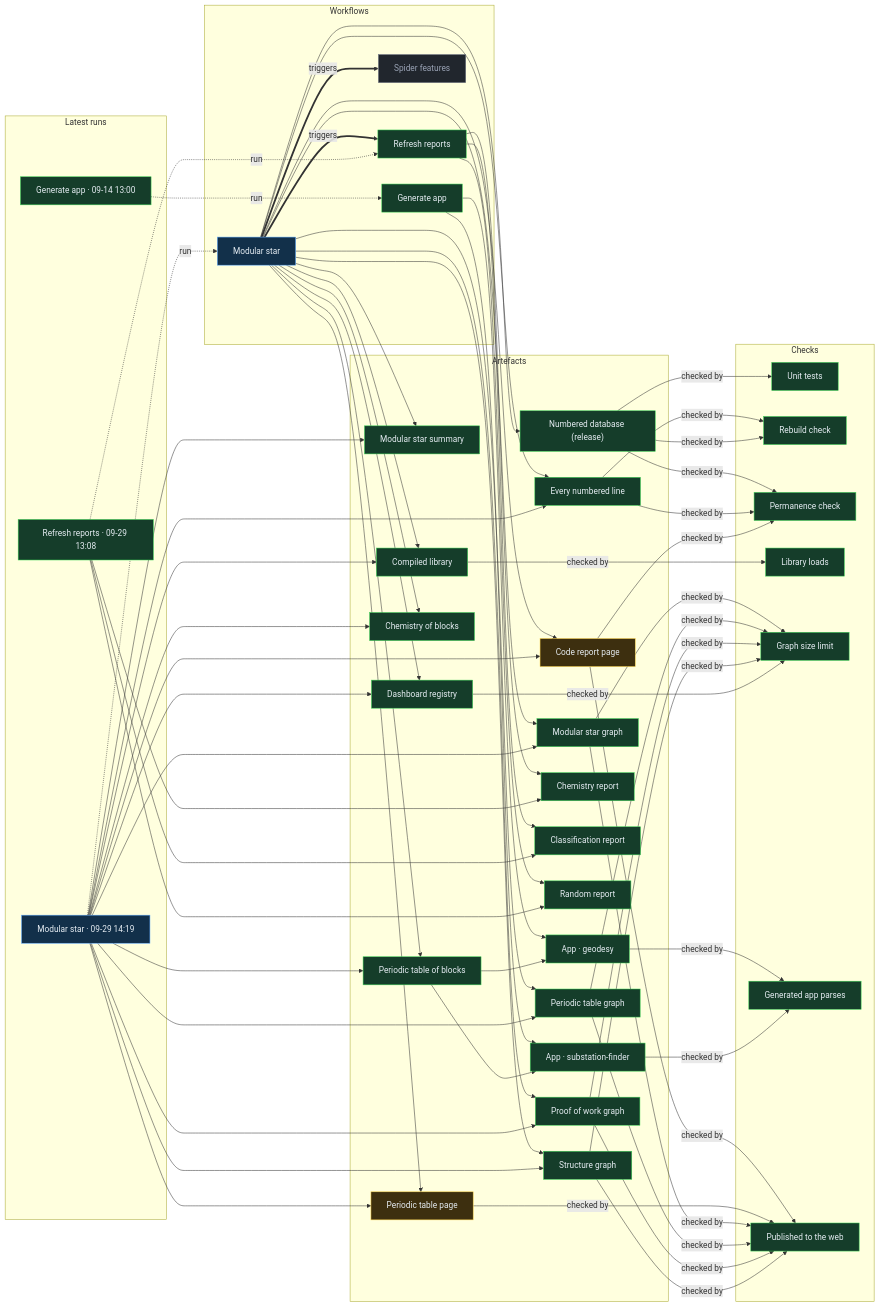
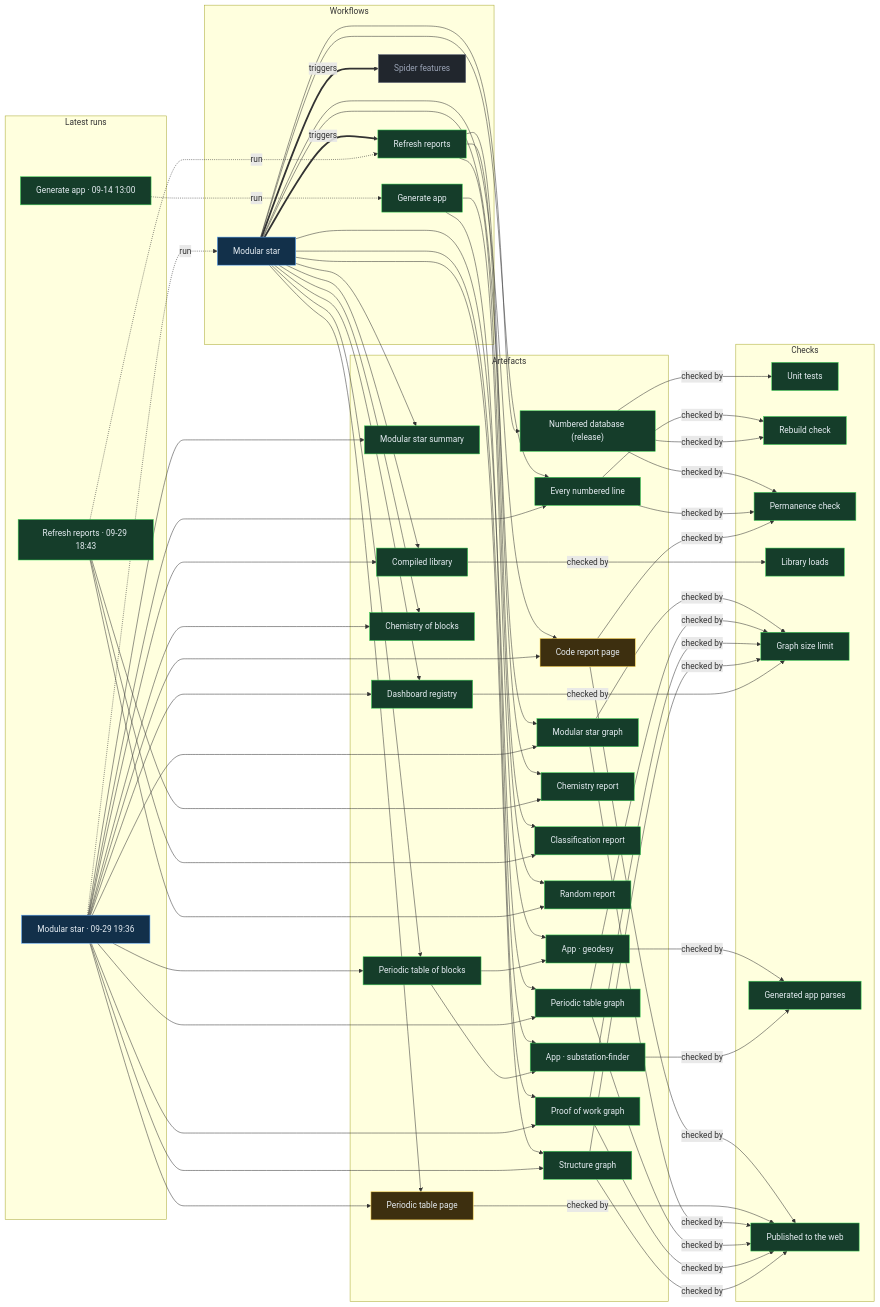
The diagram in proof/PROOF.md (Ventusltd/stars), drawn with Mermaid before and after one commit. The commit also changed other lines of this file and 34 other files, not shown here.

Commit message:
Modular star 2026-09-29T19:39Z

```diff
--- a/proof/PROOF.md
+++ b/proof/PROOF.md
@@ -24,8 +24,8 @@
   n_wf_spider_features["Spider features"]:::off
   end
   subgraph g_runs["Latest runs"]
-  n_run_36581773443["Modular star · 09-29 14:19"]:::live
-  n_run_36572974268["Refresh reports · 09-29 13:08"]:::ok
+  n_run_36620458094["Modular star · 09-29 19:36"]:::live
+  n_run_36614048630["Refresh reports · 09-29 18:43"]:::ok
   n_run_34846587798["Generate app · 09-14 13:00"]:::ok
   end
   subgraph g_artefacts["Artefacts"]
@@ -59,39 +59,39 @@
   end
   n_wf_modular_star == triggers ==> n_wf_refresh
   n_wf_modular_star == triggers ==> n_wf_spider_features
-  n_run_36581773443 -. run .-> n_wf_modular_star
-  n_run_36572974268 -. run .-> n_wf_refresh
+  n_run_36620458094 -. run .-> n_wf_modular_star
+  n_run_36614048630 -. run .-> n_wf_refresh
   n_run_34846587798 -. run .-> n_wf_generate
   n_wf_modular_star --> n_art_summary
-  n_run_36581773443 --> n_art_summary
+  n_run_36620458094 --> n_art_summary
   n_wf_modular_star --> n_art_lines
-  n_run_36581773443 --> n_art_lines
+  n_run_36620458094 --> n_art_lines
   n_wf_modular_star --> n_art_code
-  n_run_36581773443 --> n_art_code
+  n_run_36620458094 --> n_art_code
   n_wf_modular_star --> n_art_modular_graph
-  n_run_36581773443 --> n_art_modular_graph
+  n_run_36620458094 --> n_art_modular_graph
   n_wf_modular_star --> n_art_blocks
-  n_run_36581773443 --> n_art_blocks
+  n_run_36620458094 --> n_art_blocks
   n_wf_modular_star --> n_art_table
-  n_run_36581773443 --> n_art_table
+  n_run_36620458094 --> n_art_table
   n_wf_modular_star --> n_art_blocks_graph
-  n_run_36581773443 --> n_art_blocks_graph
+  n_run_36620458094 --> n_art_blocks_graph
   n_wf_modular_star --> n_art_reactions
-  n_run_36581773443 --> n_art_reactions
+  n_run_36620458094 --> n_art_reactions
   n_wf_modular_star --> n_art_library
-  n_run_36581773443 --> n_art_library
+  n_run_36620458094 --> n_art_library
   n_wf_modular_star --> n_art_features
-  n_run_36581773443 --> n_art_features
+  n_run_36620458094 --> n_art_features
   n_wf_modular_star --> n_art_proof
-  n_run_36581773443 --> n_art_proof
+  n_run_36620458094 --> n_art_proof
   n_wf_modular_star --> n_art_structure
-  n_run_36581773443 --> n_art_structure
+  n_run_36620458094 --> n_art_structure
   n_wf_refresh --> n_art_chemistry
-  n_run_36572974268 --> n_art_chemistry
+  n_run_36614048630 --> n_art_chemistry
   n_wf_refresh --> n_art_vedic
-  n_run_36572974268 --> n_art_vedic
+  n_run_36614048630 --> n_art_vedic
   n_wf_refresh --> n_art_random
-  n_run_36572974268 --> n_art_random
+  n_run_36614048630 --> n_art_random
   n_wf_modular_star --> n_art_release
   n_wf_generate --> n_app_geodesy
   n_art_blocks --> n_app_geodesy
```
